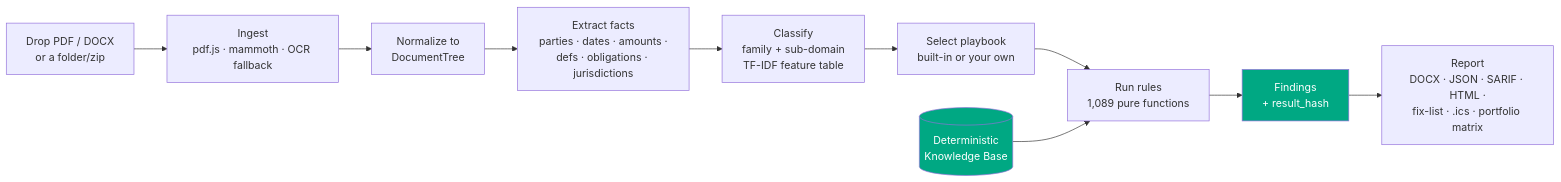
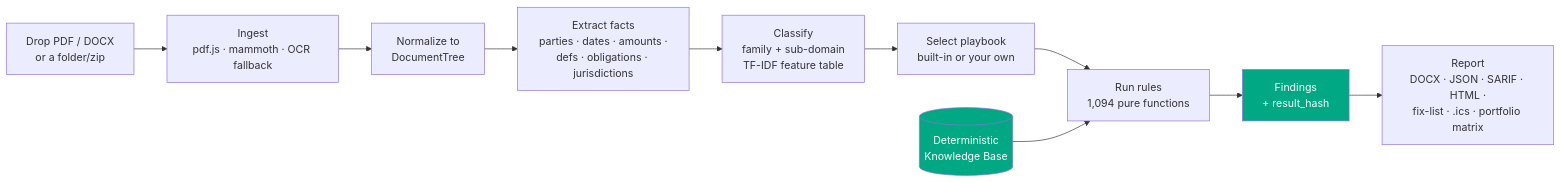
The first of 11 diagrams in README.md (clay-good/vaulytica), drawn with Mermaid before and after one commit. The commit also changed other lines of this file and 98 other files, not shown here.

````diff
--- a/README.md
+++ b/README.md
@@ -27,14 +27,14 @@
 ```mermaid
 flowchart LR
   A[Drop PDF / DOCX<br/>or a folder/zip] --> B[Ingest<br/>pdf.js · mammoth · OCR fallback]
   B --> C[Normalize to<br/>DocumentTree]
   C --> D[Extract facts<br/>parties · dates · amounts ·<br/>defs · obligations · jurisdictions]
   D --> E[Classify<br/>family + sub-domain<br/>TF-IDF feature table]
   E --> F[Select playbook<br/>built-in or your own]
-  F --> G[Run rules<br/>1,089 pure functions]
+  F --> G[Run rules<br/>1,094 pure functions]
   G --> H[Findings<br/>+ result_hash]
   H --> I[Report<br/>DOCX · JSON · SARIF · HTML ·<br/>fix-list · .ics · portfolio matrix]
   K[(Deterministic<br/>Knowledge Base)] --> G
   style K fill:#00A883,color:#fff
   style H fill:#00A883,color:#fff
 ```
````
